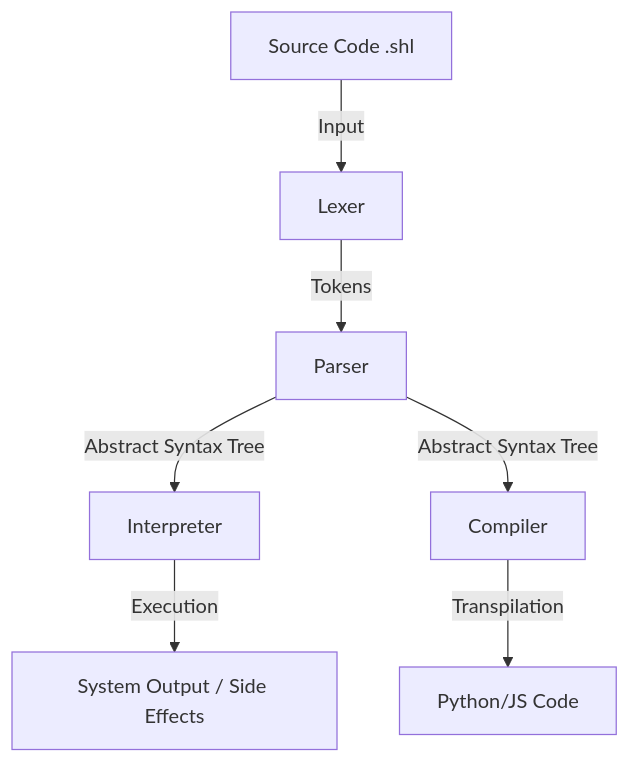
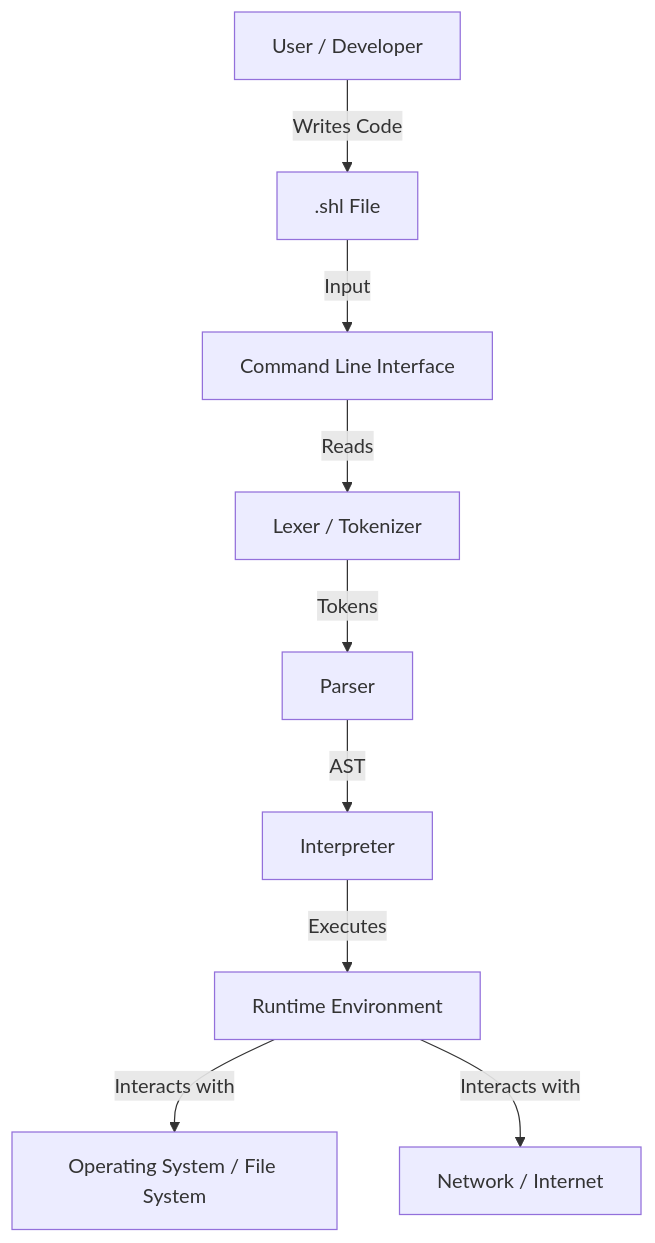
The first of 5 diagrams in ShellLite_Project_Report.md (Shrey-N/ShellLite), drawn with Mermaid before and after one commit. The commit also changed other lines of this file, not shown here.

````diff
--- a/ShellLite_Project_Report.md
+++ b/ShellLite_Project_Report.md
@@ -97,9 +196,11 @@
 ```mermaid
 graph TD
-    A[Source Code .shl] -->|Input| B[Lexer];
-    B -->|Tokens| C[Parser];
-    C -->|Abstract Syntax Tree| D[Interpreter];
-    C -->|Abstract Syntax Tree| E[Compiler];
-    D -->|Execution| F[System Output / Side Effects];
-    E -->|Transpilation| G[Python/JS Code];
+    User[User / Developer] -->|Writes Code| SourceFile[.shl File];
+    SourceFile -->|Input| CLI[Command Line Interface];
+    CLI -->|Reads| Lexer[Lexer / Tokenizer];
+    Lexer -->|Tokens| Parser[Parser];
+    Parser -->|AST| Interpreter[Interpreter];
+    Interpreter -->|Executes| Runtime[Runtime Environment];
+    Runtime -->|Interacts with| OS[Operating System / File System];
+    Runtime -->|Interacts with| Network[Network / Internet];
 ```
````
